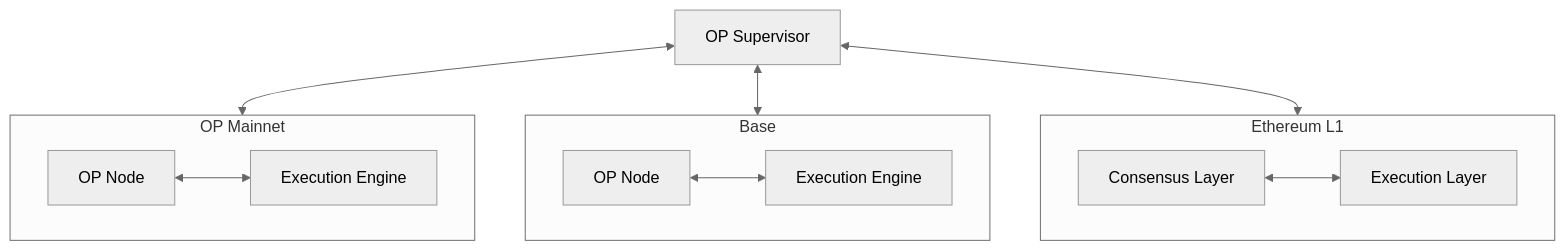
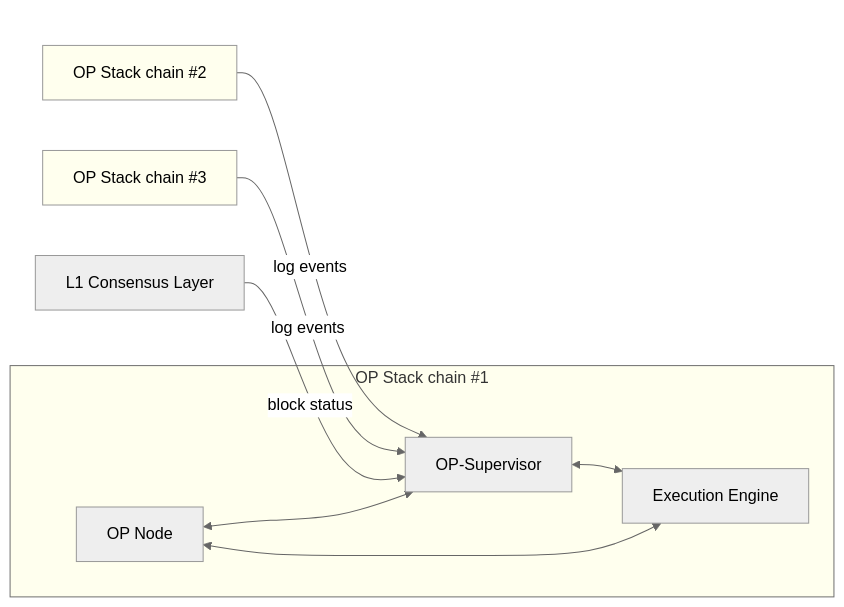
The first of 5 diagrams in pages/stack/interop/explainer.mdx (ethereum-optimism/docs), drawn with Mermaid (neutral theme) before and after one commit. The commit also changed other lines of this file and 3 other files, not shown here.

````diff
--- a/pages/stack/interop/explainer.mdx
+++ b/pages/stack/interop/explainer.mdx
@@ -37,17 +36,26 @@
 ```mermaid
 
-graph TB
-  supervisor[OP Supervisor]
-  subgraph mainnet[OP Mainnet]
-    node1[OP Node]<-->geth1[Execution Engine]
+graph LR
+
+  classDef chain fill:#FFE
+  classDef transparent fill:none, stroke:none
+  
+  subgraph chain1[OP Stack chain #1]
+    node1[OP Node]
+    super1[OP-Supervisor]
+    geth1[Execution Engine]
+    node1<-->super1<-->geth1<-->node1
   end
-  subgraph base[Base]
-    node2[OP Node]<-->geth2[Execution Engine]
+  subgraph X[ ]
+    chain2[OP Stack chain #2]
+    chain3[OP Stack chain #3]
+    l1node[L1 Consensus Layer]
   end
-  subgraph l1[Ethereum L1]
-    node3[Consensus Layer]<-->geth3[Execution Layer]
-  end
-  supervisor<-->mainnet
-  supervisor<-->base  
-  supervisor<-->l1
+
+  chain2-->|log events|super1
+  chain3-->|log events|super1
+  l1node-->|block status|super1
+
+  class chain1,chain2,chain3 chain
+  class X transparent
 ```
````
